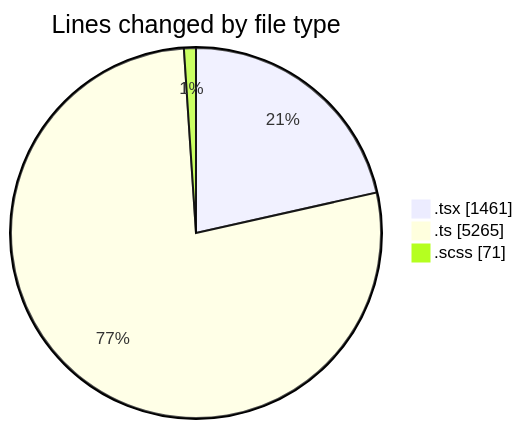
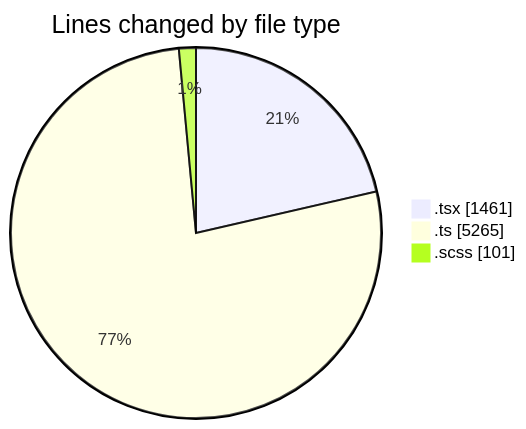
One commit to momahboobian/code-tracking changed the first of 2 diagrams in 2026-10-14/cda/README.md. Above: the diagram before and after it, drawn with Mermaid. The commit also changed other lines of this file and 1 other file, not shown here.

````diff
--- a/2026-10-14/cda/README.md
+++ b/2026-10-14/cda/README.md
@@ -32,7 +32,7 @@
 ```mermaid
 pie showData
 title Lines changed by file type
 ".tsx" : 1461
 ".ts" : 5265
-".scss" : 71
+".scss" : 101
 ```
````
